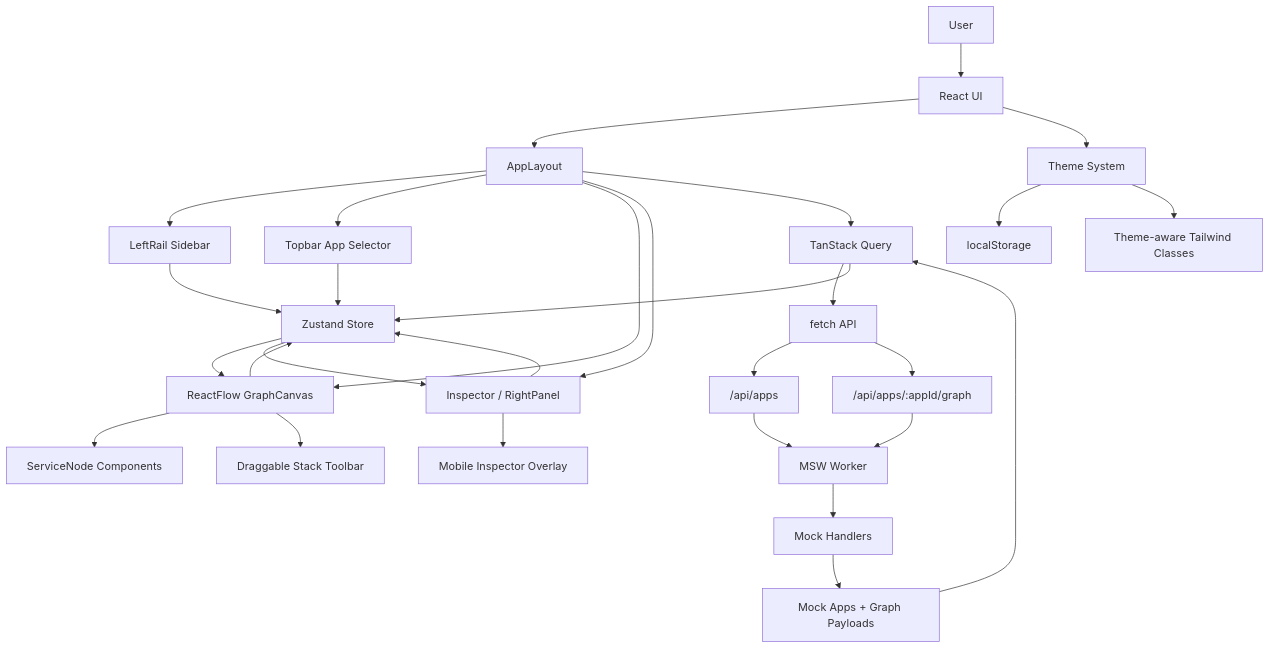
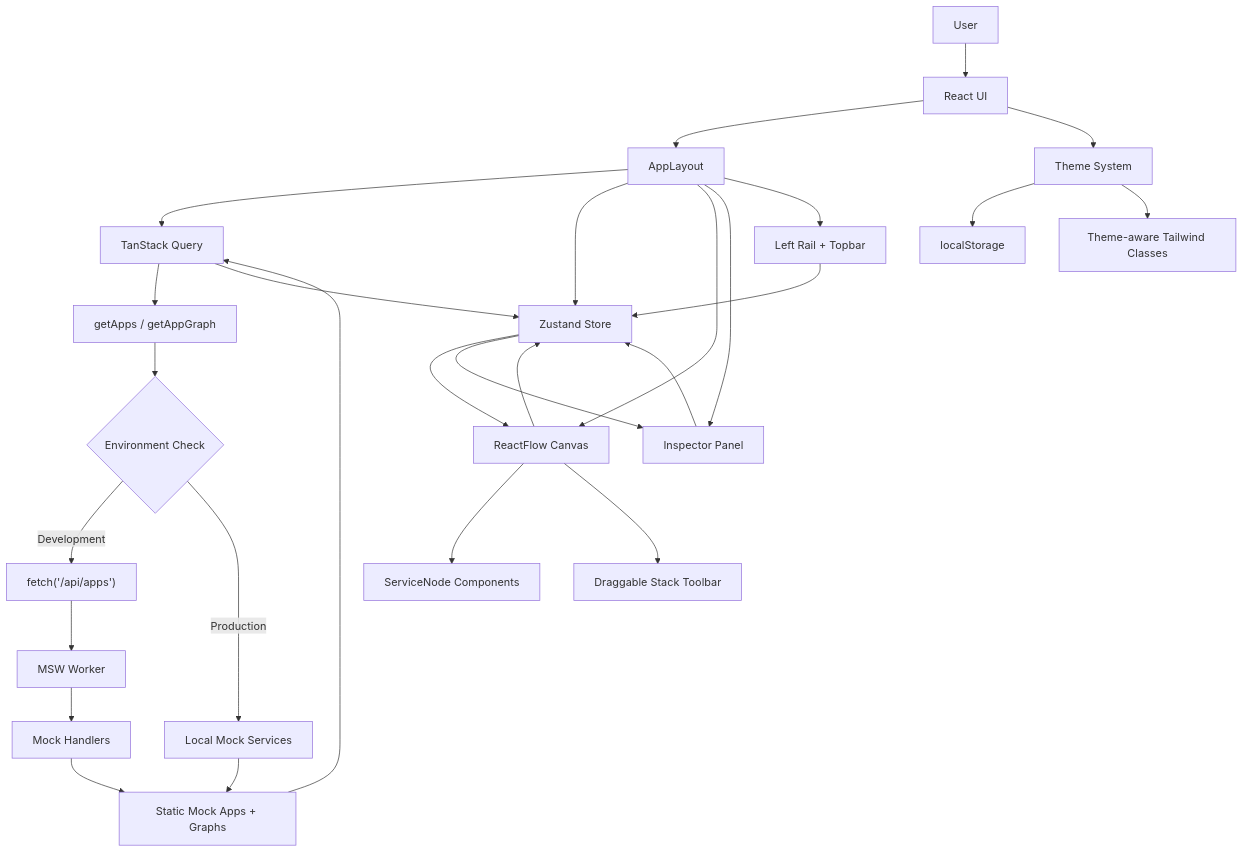
One commit to gaganguddi/App-Graph-Builder changed the first of 18 diagrams in docs/system-architecture.md. Above: the diagram before and after it, drawn with Mermaid. The commit also changed other lines of this file and 1 other file, not shown here.

````diff
--- a/docs/system-architecture.md
+++ b/docs/system-architecture.md
@@ -18,38 +18,35 @@
 ```mermaid
 flowchart TD
   User[User] --> UI[React UI]
 
   UI --> Layout[AppLayout]
-  Layout --> LeftRail[LeftRail Sidebar]
-  Layout --> Topbar[Topbar App Selector]
-  Layout --> GraphCanvas[ReactFlow GraphCanvas]
-  Layout --> RightPanel[Inspector / RightPanel]
+  Layout --> Query[TanStack Query]
+  Layout --> Store[Zustand Store]
+  Layout --> Canvas[ReactFlow Canvas]
+  Layout --> Inspector[Inspector Panel]
+  Layout --> Sidebar[Left Rail + Topbar]
 
-  Topbar --> Zustand[Zustand Store]
-  LeftRail --> Zustand
-  GraphCanvas --> Zustand
-  RightPanel --> Zustand
-
-  Layout --> Query[TanStack Query]
-  Query --> Fetch[fetch API]
-  Fetch --> AppsAPI["/api/apps"]
-  Fetch --> GraphAPI["/api/apps/:appId/graph"]
-
-  AppsAPI --> MSW[MSW Worker]
-  GraphAPI --> MSW
+  Query --> API[getApps / getAppGraph]
+  API --> Env{Environment Check}
+  Env -->|Development| Fetch["fetch('/api/apps')"]
+  Fetch --> MSW[MSW Worker]
   MSW --> Handlers[Mock Handlers]
-  Handlers --> MockData[Mock Apps + Graph Payloads]
+  Handlers --> MockData[Static Mock Apps + Graphs]
+  Env -->|Production| LocalServices[Local Mock Services]
+  LocalServices --> MockData
   MockData --> Query
 
-  Query --> Zustand
-  Zustand --> GraphCanvas
-  GraphCanvas --> ServiceNode[ServiceNode Components]
-  GraphCanvas --> StackToolbar[Draggable Stack Toolbar]
-  Zustand --> RightPanel
+  Query --> Store
+  Sidebar --> Store
+  Canvas --> Store
+  Inspector --> Store
+  Store --> Canvas
+  Store --> Inspector
+
+  Canvas --> Nodes[ServiceNode Components]
+  Canvas --> Toolbar[Draggable Stack Toolbar]
 
   UI --> Theme[Theme System]
   Theme --> LocalStorage[localStorage]
-  Theme --> TailwindClasses[Theme-aware Tailwind Classes]
-
-  RightPanel --> ResponsiveDrawer[Mobile Inspector Overlay]
+  Theme --> Classes[Theme-aware Tailwind Classes]
 ```
````
